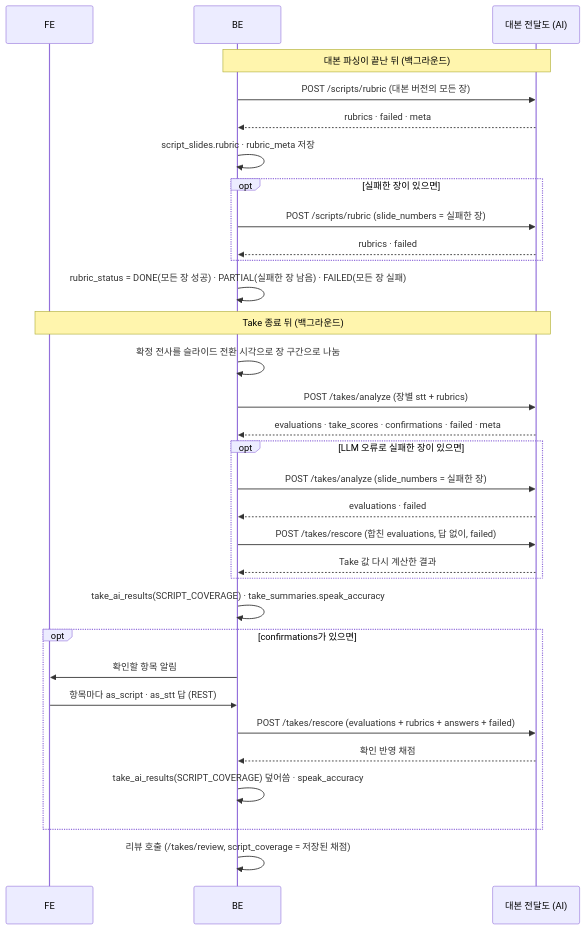
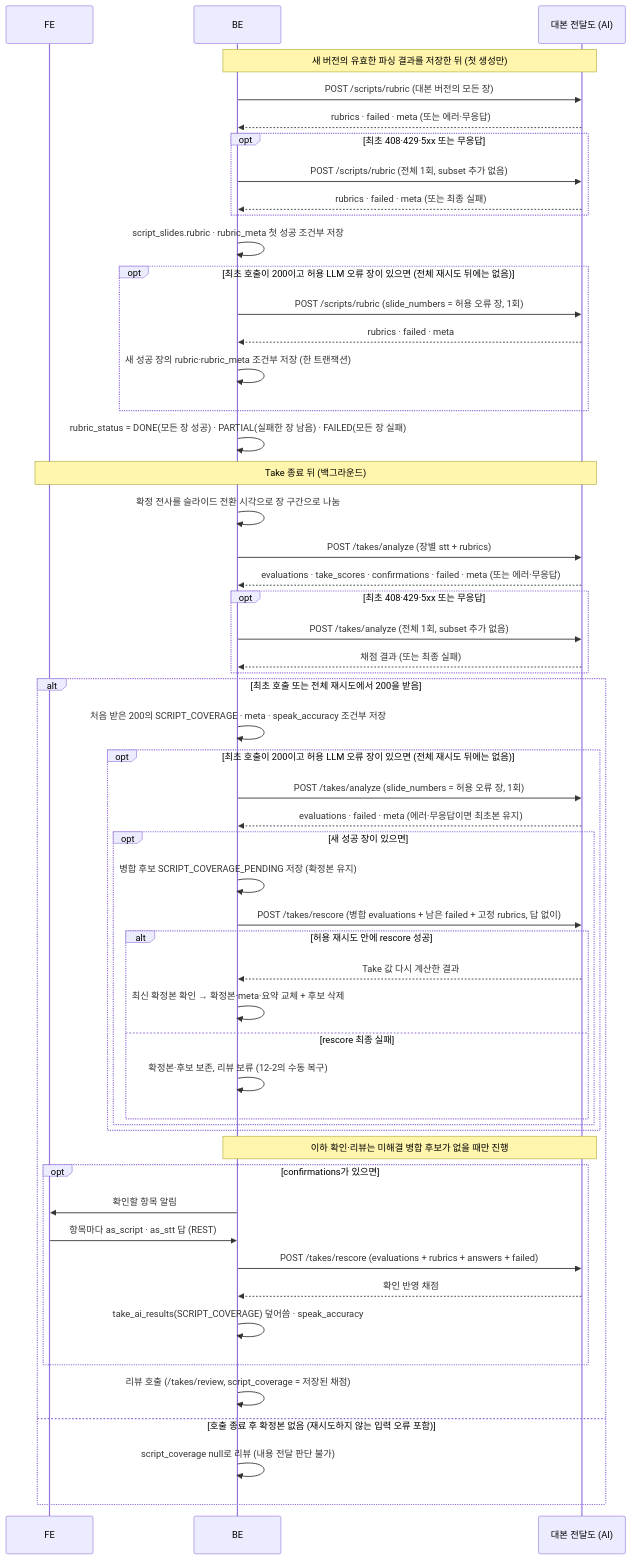
One commit to kakaotechcampus-4/ktc4-pusan-2 changed the second of 2 diagrams in docs/ai/features/script-coverage-evaluation.md. Above: the diagram before and after it, drawn with Mermaid. The commit also changed other lines of this file and 2 other files, not shown here.

Commit message:
docs(ai): 평가 기준 보존과 미션·재시도 계약 정비

````diff
--- a/docs/ai/features/script-coverage-evaluation.md
+++ b/docs/ai/features/script-coverage-evaluation.md
@@ -611,34 +614,56 @@
 ```mermaid
 sequenceDiagram
     participant FE
     participant BE
     participant A as 대본 전달도 (AI)
-    Note over BE,A: 대본 파싱이 끝난 뒤 (백그라운드)
+    Note over BE,A: 새 버전의 유효한 파싱 결과를 저장한 뒤 (첫 생성만)
     BE->>A: POST /scripts/rubric (대본 버전의 모든 장)
-    A-->>BE: rubrics · failed · meta
-    BE->>BE: script_slides.rubric · rubric_meta 저장
-    opt 실패한 장이 있으면
-        BE->>A: POST /scripts/rubric (slide_numbers = 실패한 장)
-        A-->>BE: rubrics · failed
+    A-->>BE: rubrics · failed · meta (또는 에러·무응답)
+    opt 최초 408·429·5xx 또는 무응답
+        BE->>A: POST /scripts/rubric (전체 1회, subset 추가 없음)
+        A-->>BE: rubrics · failed · meta (또는 최종 실패)
+    end
+    BE->>BE: script_slides.rubric · rubric_meta 첫 성공 조건부 저장
+    opt 최초 호출이 200이고 허용 LLM 오류 장이 있으면 (전체 재시도 뒤에는 없음)
+        BE->>A: POST /scripts/rubric (slide_numbers = 허용 오류 장, 1회)
+        A-->>BE: rubrics · failed · meta
+        BE->>BE: 새 성공 장의 rubric·rubric_meta 조건부 저장 (한 트랜잭션)
     end
     BE->>BE: rubric_status = DONE(모든 장 성공) · PARTIAL(실패한 장 남음) · FAILED(모든 장 실패)
     Note over FE,A: Take 종료 뒤 (백그라운드)
     BE->>BE: 확정 전사를 슬라이드 전환 시각으로 장 구간으로 나눔
     BE->>A: POST /takes/analyze (장별 stt + rubrics)
-    A-->>BE: evaluations · take_scores · confirmations · failed · meta
-    opt LLM 오류로 실패한 장이 있으면
-        BE->>A: POST /takes/analyze (slide_numbers = 실패한 장)
-        A-->>BE: evaluations · failed
-        BE->>A: POST /takes/rescore (합친 evaluations, 답 없이, failed)
-        A-->>BE: Take 값 다시 계산한 결과
+    A-->>BE: evaluations · take_scores · confirmations · failed · meta (또는 에러·무응답)
+    opt 최초 408·429·5xx 또는 무응답
+        BE->>A: POST /takes/analyze (전체 1회, subset 추가 없음)
+        A-->>BE: 채점 결과 (또는 최종 실패)
     end
-    BE->>BE: take_ai_results(SCRIPT_COVERAGE) · take_summaries.speak_accuracy
+    alt 최초 호출 또는 전체 재시도에서 200을 받음
+    BE->>BE: 처음 받은 200의 SCRIPT_COVERAGE · meta · speak_accuracy 조건부 저장
+    opt 최초 호출이 200이고 허용 LLM 오류 장이 있으면 (전체 재시도 뒤에는 없음)
+        BE->>A: POST /takes/analyze (slide_numbers = 허용 오류 장, 1회)
+        A-->>BE: evaluations · failed · meta (에러·무응답이면 최초본 유지)
+        opt 새 성공 장이 있으면
+            BE->>BE: 병합 후보 SCRIPT_COVERAGE_PENDING 저장 (확정본 유지)
+            BE->>A: POST /takes/rescore (병합 evaluations + 남은 failed + 고정 rubrics, 답 없이)
+            alt 허용 재시도 안에 rescore 성공
+                A-->>BE: Take 값 다시 계산한 결과
+                BE->>BE: 최신 확정본 확인 → 확정본·meta·요약 교체 + 후보 삭제
+            else rescore 최종 실패
+                BE->>BE: 확정본·후보 보존, 리뷰 보류 (12-2의 수동 복구)
+            end
+        end
+    end
+    Note over BE,A: 이하 확인·리뷰는 미해결 병합 후보가 없을 때만 진행
     opt confirmations가 있으면
         BE->>FE: 확인할 항목 알림
         FE->>BE: 항목마다 as_script · as_stt 답 (REST)
         BE->>A: POST /takes/rescore (evaluations + rubrics + answers + failed)
         A-->>BE: 확인 반영 채점
         BE->>BE: take_ai_results(SCRIPT_COVERAGE) 덮어씀 · speak_accuracy
     end
     BE->>BE: 리뷰 호출 (/takes/review, script_coverage = 저장된 채점)
+    else 호출 종료 후 확정본 없음 (재시도하지 않는 입력 오류 포함)
+        BE->>BE: script_coverage null로 리뷰 (내용 전달 판단 불가)
+    end
 ```
````
